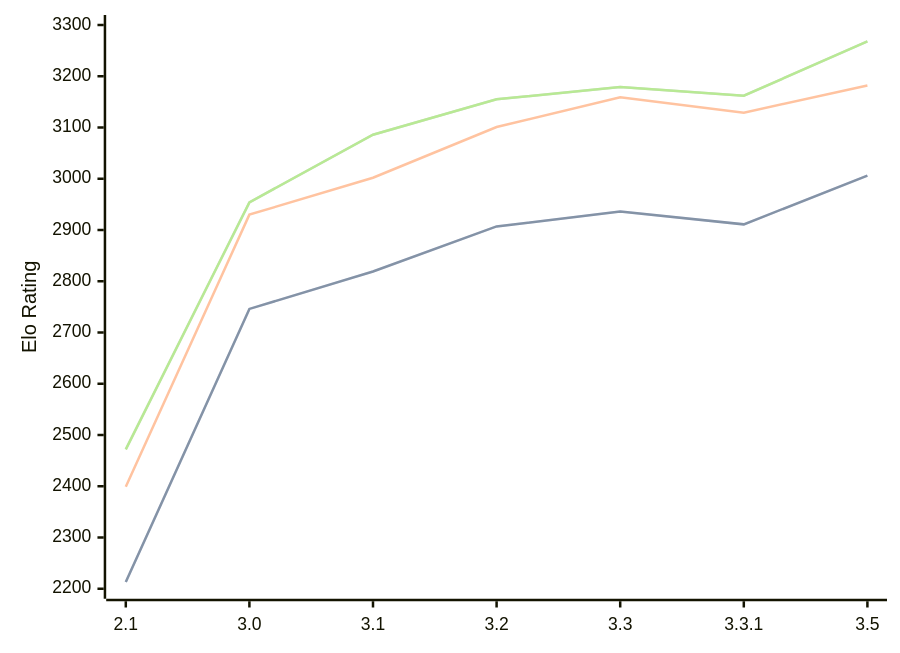
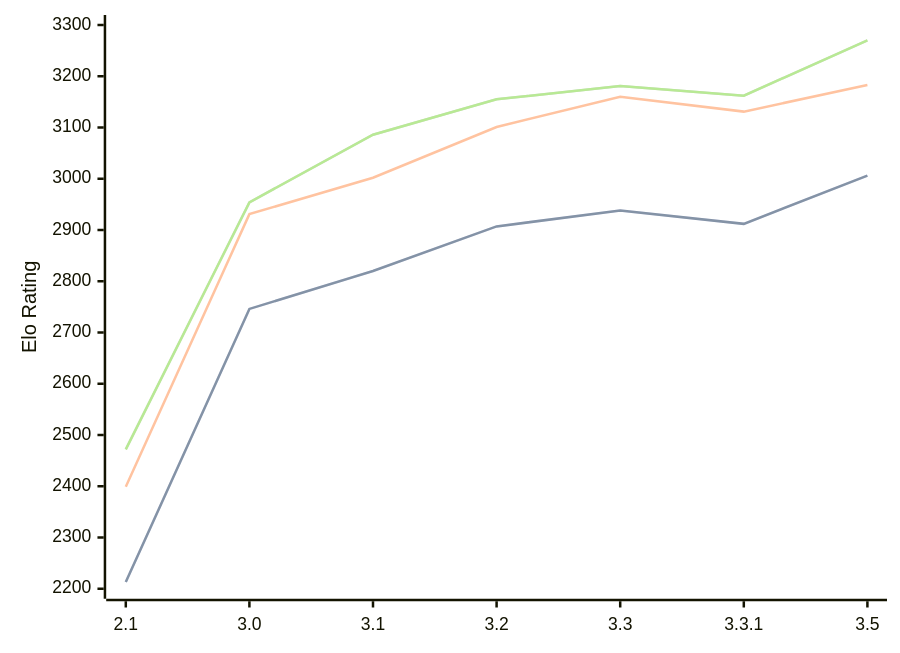
The third of 3 diagrams in engines/Petrel.md (computer-chess-index/cci), drawn with Mermaid before and after one commit. The commit also changed other lines of this file, not shown here.

Commit message:
Update CCI Ratings (ELO VLTC) - 2026-07-02

````diff
--- a/engines/Petrel.md
+++ b/engines/Petrel.md
@@ -79,11 +79,11 @@
 ```mermaid
 %%{init: {"theme":"base","themeVariables":{"seriesColors:['#a3a3a3','#222221','#faa371']}}}%%
 xychart-beta
   x-axis ["2.1", "3.0", "3.1", "3.2", "3.3", "3.3.1", "3.5"]
   y-axis "Elo Rating" 2200 --> 3300
-  line "STC (8.0+0.08s)" [2213, 2746, 2819, 2907, 2936, 2911, 3006]
-  line "STC (8.0+0.08s)" [2213, 2746, 2819, 2907, 2936, 2911, 3006]
-  line "LTC (60.0+0.60s)" [2399, 2930, 3002, 3101, 3159, 3129, 3182]
-  line "VLTC (2m24s+1.12s)" [2472, 2954, 3086, 3155, 3179, 3162, 3268]
-  line "VLTC (2m24s+1.12s)" [2472, 2954, 3086, 3155, 3179, 3162, 3268]
+  line "STC (8.0+0.08s)" [2213, 2746, 2820, 2907, 2938, 2912, 3006]
+  line "STC (8.0+0.08s)" [2213, 2746, 2820, 2907, 2938, 2912, 3006]
+  line "LTC (60.0+0.60s)" [2399, 2931, 3002, 3101, 3160, 3131, 3183]
+  line "VLTC (2m24s+1.12s)" [2472, 2954, 3086, 3155, 3181, 3162, 3270]
+  line "VLTC (2m24s+1.12s)" [2472, 2954, 3086, 3155, 3181, 3162, 3270]
 ```
````
